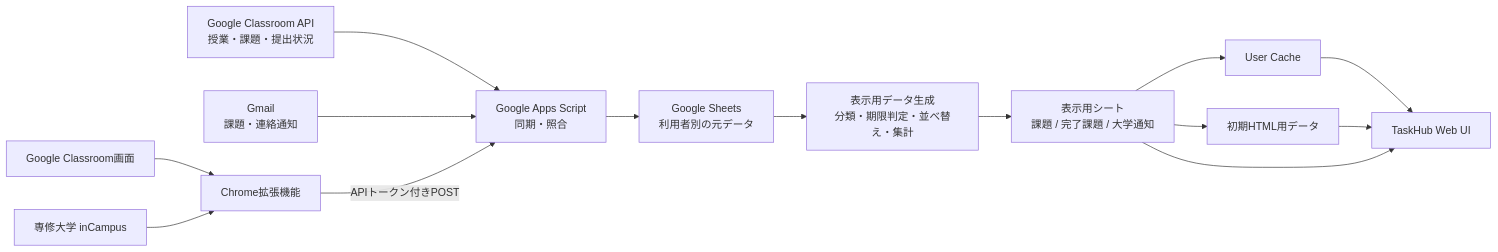
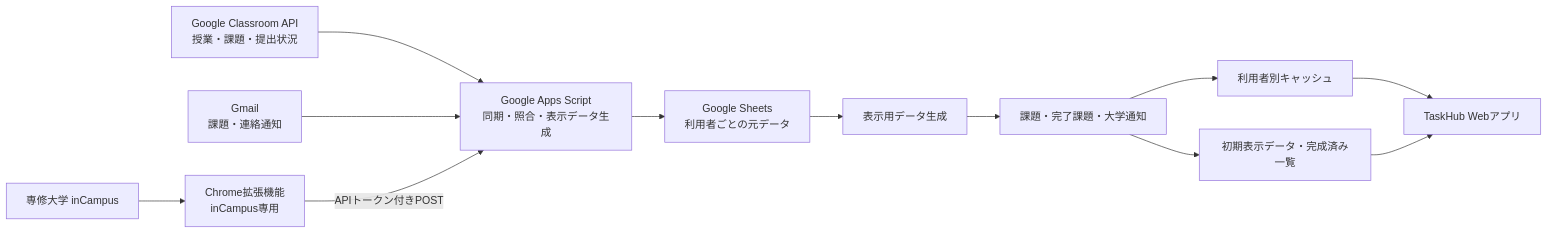
Before and after one commit to ponkichi1552/senshu-taskhub: the diagram in README.md, drawn with Mermaid. The commit also changed other lines of this file and 1 other file, not shown here.

````diff
--- a/README.md
+++ b/README.md
@@ -141,19 +72,14 @@
 ```mermaid
 flowchart LR
-    ClassroomAPI["Google Classroom API<br>授業・課題・提出状況"] --> Sync["Google Apps Script<br>同期・照合"]
-    Gmail["Gmail<br>課題・連絡通知"] --> Sync
-
-    Classroom["Google Classroom画面"] --> Extension["Chrome拡張機能"]
-    InCampus["専修大学 inCampus"] --> Extension
+    ClassroomAPI["Google Classroom API<br/>授業・課題・提出状況"] --> Sync["Google Apps Script<br/>同期・照合・表示データ生成"]
+    Gmail["Gmail<br/>課題・連絡通知"] --> Sync
+    InCampus["専修大学 inCampus"] --> Extension["Chrome拡張機能<br/>inCampus専用"]
     Extension -->|"APIトークン付きPOST"| Sync
-
-    Sync --> RawSheets["Google Sheets<br>利用者別の元データ"]
-    RawSheets --> Materialize["表示用データ生成<br>分類・期限判定・並べ替え・集計"]
-    Materialize --> DisplaySheets["表示用シート<br>課題 / 完了課題 / 大学通知"]
-
-    DisplaySheets --> UserCache["User Cache"]
-    DisplaySheets --> InitialHtml["初期HTML用データ"]
-    UserCache --> UI["TaskHub Web UI"]
-    InitialHtml --> UI
-    DisplaySheets --> UI
+    Sync --> SourceSheets["Google Sheets<br/>利用者ごとの元データ"]
+    SourceSheets --> Display["表示用データ生成"]
+    Display --> Views["課題・完了課題・大学通知"]
+    Views --> Cache["利用者別キャッシュ"]
+    Views --> Snapshot["初期表示データ・完成済み一覧"]
+    Cache --> UI["TaskHub Webアプリ"]
+    Snapshot --> UI
 ```
````
